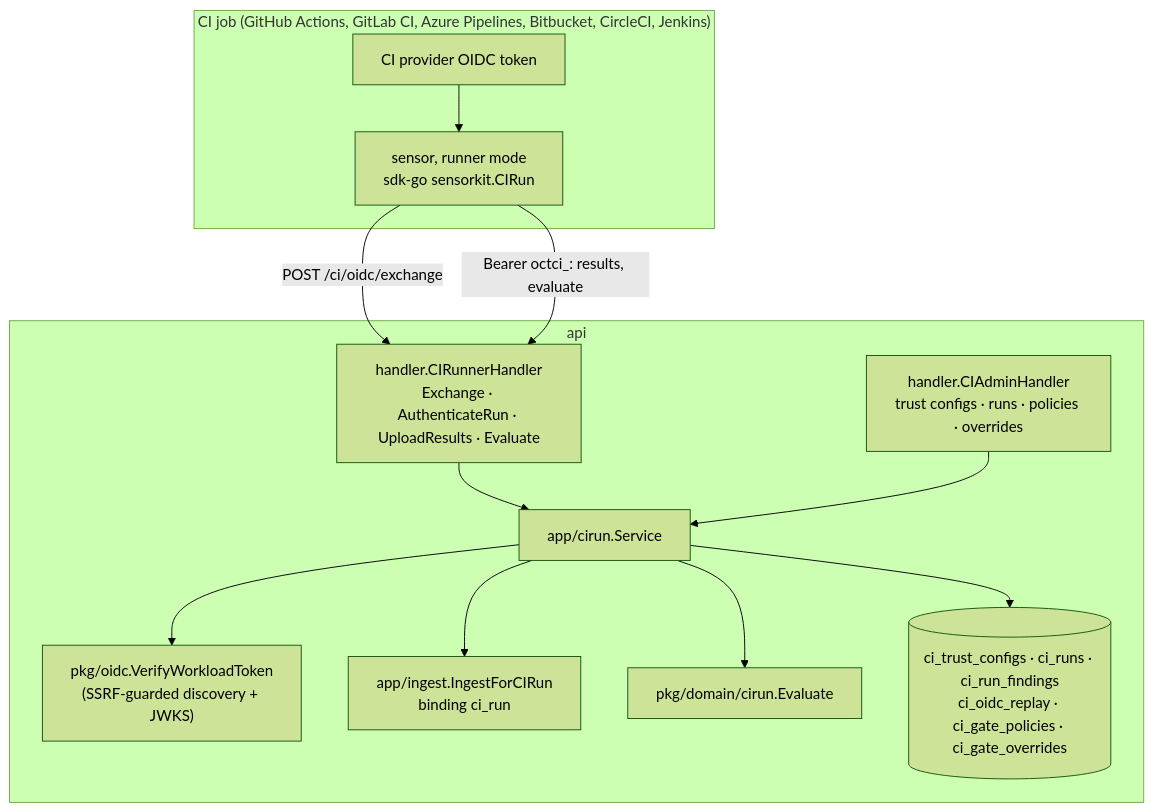
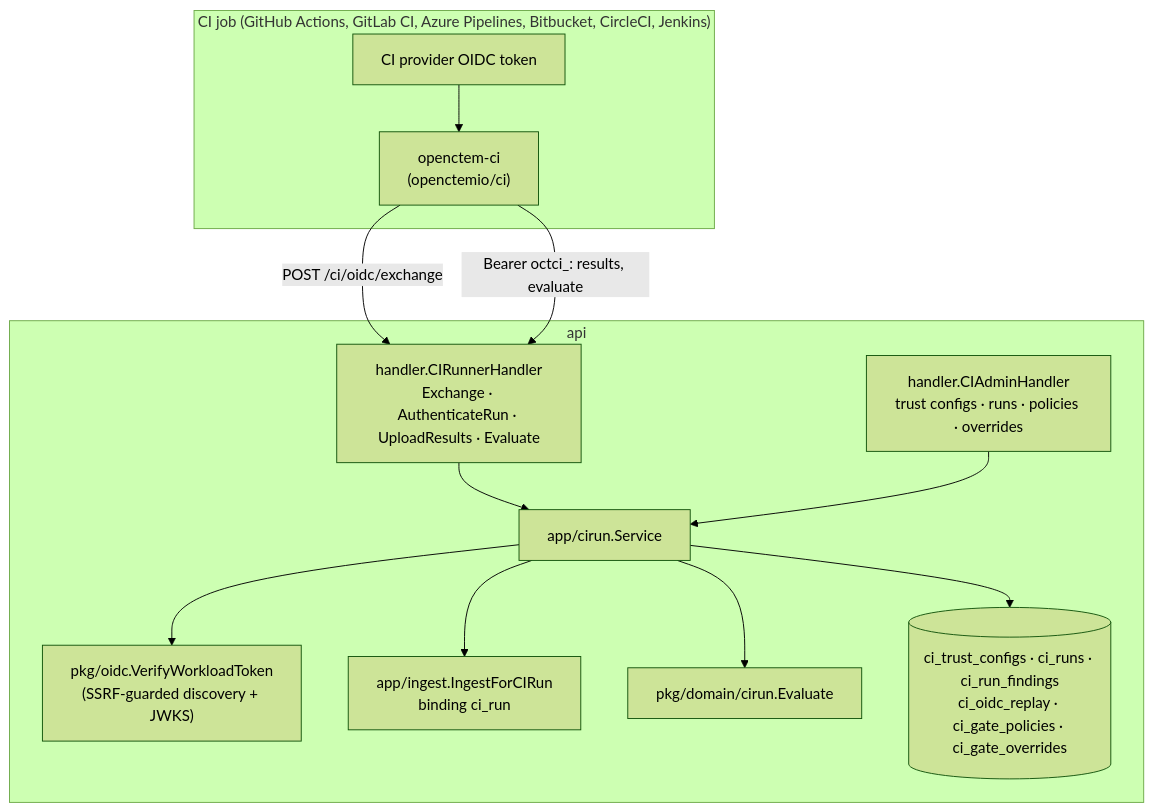
Before and after one commit to openctemio/openctem: the first of 2 diagrams in api/docs/architecture/ci-runner-identity.md, drawn with Mermaid (forest theme). The commit also changed other lines of this file and 5 other files, not shown here.

````diff
--- a/api/docs/architecture/ci-runner-identity.md
+++ b/api/docs/architecture/ci-runner-identity.md
@@ -9,25 +10,25 @@
 ```mermaid
 graph TD
   subgraph CI["CI job (GitHub Actions, GitLab CI, Azure Pipelines, Bitbucket, CircleCI, Jenkins)"]
-    R["sensor, runner mode<br/>sdk-go sensorkit.CIRun"]
+    R["openctem-ci<br/>(openctemio/ci)"]
     P["CI provider OIDC token"]
     P --> R
   end
   subgraph API["api"]
     H1["handler.CIRunnerHandler<br/>Exchange · AuthenticateRun · UploadResults · Evaluate"]
     H2["handler.CIAdminHandler<br/>trust configs · runs · policies · overrides"]
     S["app/cirun.Service"]
     V["pkg/oidc.VerifyWorkloadToken<br/>(SSRF-guarded discovery + JWKS)"]
     I["app/ingest.IngestForCIRun<br/>binding ci_run"]
     G["pkg/domain/cirun.Evaluate"]
     DB[("ci_trust_configs · ci_runs · ci_run_findings<br/>ci_oidc_replay · ci_gate_policies · ci_gate_overrides")]
   end
   R -- "POST /ci/oidc/exchange" --> H1
   R -- "Bearer octci_: results, evaluate" --> H1
   H1 --> S
   H2 --> S
   S --> V
   S --> I
   S --> G
   S --> DB
 ```
````
